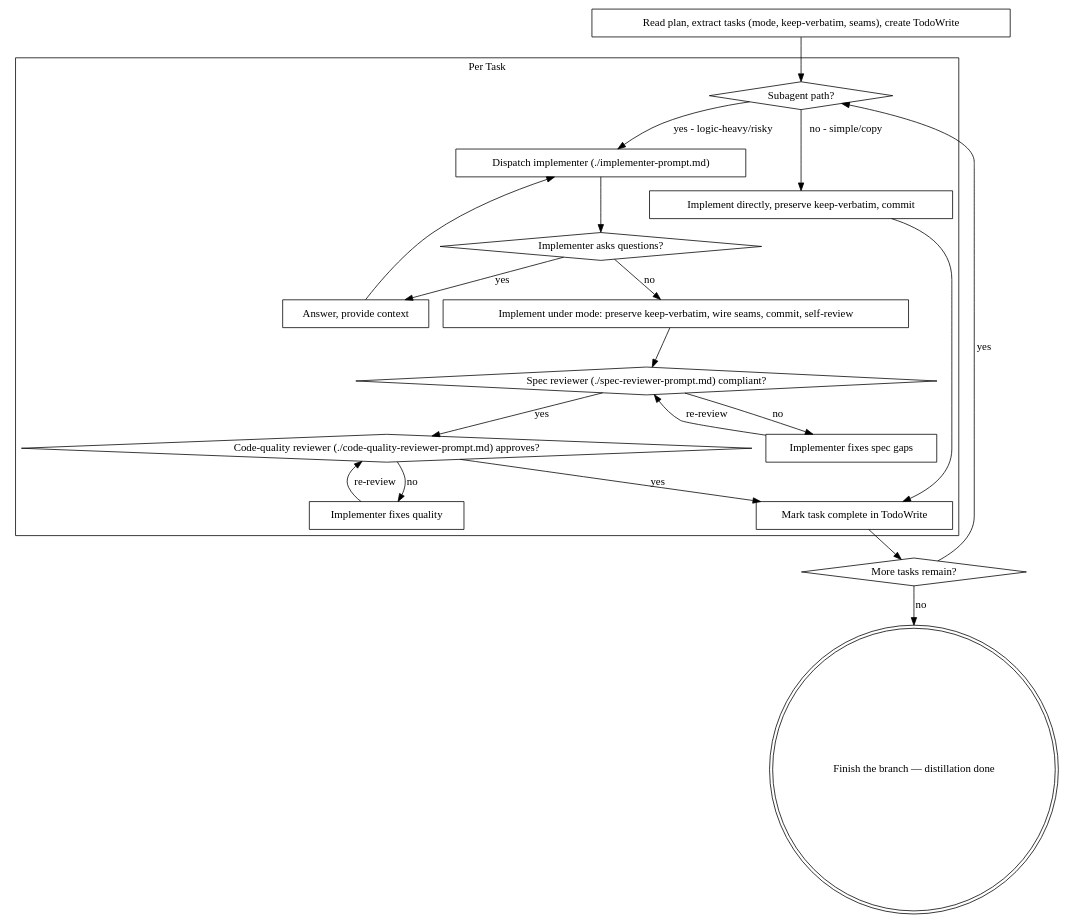
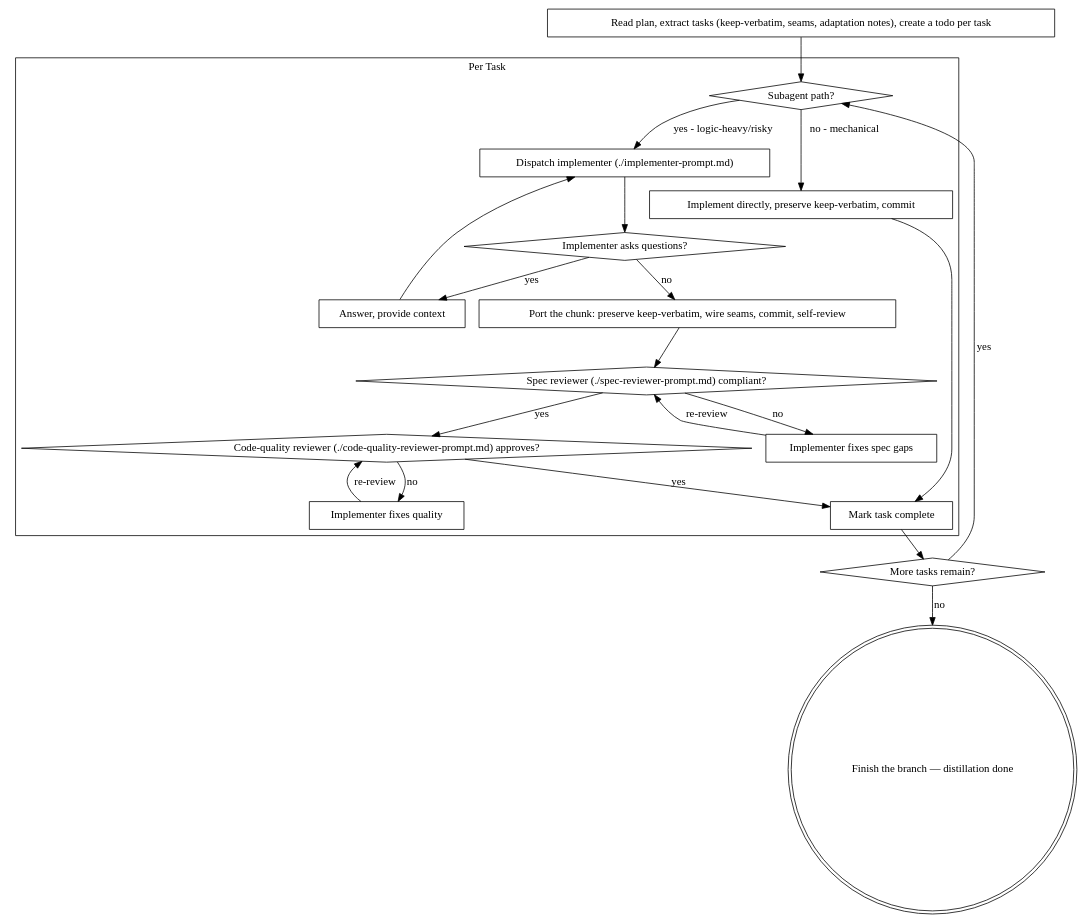
The second of 2 diagrams in skills/distillation-implementation/SKILL.md (duongnghia222/code-distilling), drawn with Graphviz before and after one commit. The commit also changed other lines of this file and 12 other files, not shown here.

````diff
--- a/skills/distillation-implementation/SKILL.md
+++ b/skills/distillation-implementation/SKILL.md
@@ -40,44 +41,44 @@
 ```dot
 digraph process {
     rankdir=TB;
 
-    "Read plan, extract tasks (mode, keep-verbatim, seams), create TodoWrite" [shape=box];
+    "Read plan, extract tasks (keep-verbatim, seams, adaptation notes), create a todo per task" [shape=box];
 
     subgraph cluster_per_task {
         label="Per Task";
         "Subagent path?" [shape=diamond];
         "Dispatch implementer (./implementer-prompt.md)" [shape=box];
         "Implementer asks questions?" [shape=diamond];
         "Answer, provide context" [shape=box];
-        "Implement under mode: preserve keep-verbatim, wire seams, commit, self-review" [shape=box];
+        "Port the chunk: preserve keep-verbatim, wire seams, commit, self-review" [shape=box];
         "Implement directly, preserve keep-verbatim, commit" [shape=box];
         "Spec reviewer (./spec-reviewer-prompt.md) compliant?" [shape=diamond];
         "Implementer fixes spec gaps" [shape=box];
         "Code-quality reviewer (./code-quality-reviewer-prompt.md) approves?" [shape=diamond];
         "Implementer fixes quality" [shape=box];
-        "Mark task complete in TodoWrite" [shape=box];
+        "Mark task complete" [shape=box];
     }
 
     "More tasks remain?" [shape=diamond];
     "Finish the branch — distillation done" [shape=doublecircle];
 
-    "Read plan, extract tasks (mode, keep-verbatim, seams), create TodoWrite" -> "Subagent path?";
+    "Read plan, extract tasks (keep-verbatim, seams, adaptation notes), create a todo per task" -> "Subagent path?";
     "Subagent path?" -> "Dispatch implementer (./implementer-prompt.md)" [label="yes - logic-heavy/risky"];
-    "Subagent path?" -> "Implement directly, preserve keep-verbatim, commit" [label="no - simple/copy"];
+    "Subagent path?" -> "Implement directly, preserve keep-verbatim, commit" [label="no - mechanical"];
     "Dispatch implementer (./implementer-prompt.md)" -> "Implementer asks questions?";
     "Implementer asks questions?" -> "Answer, provide context" [label="yes"];
     "Answer, provide context" -> "Dispatch implementer (./implementer-prompt.md)";
-    "Implementer asks questions?" -> "Implement under mode: preserve keep-verbatim, wire seams, commit, self-review" [label="no"];
-    "Implement under mode: preserve keep-verbatim, wire seams, commit, self-review" -> "Spec reviewer (./spec-reviewer-prompt.md) compliant?";
+    "Implementer asks questions?" -> "Port the chunk: preserve keep-verbatim, wire seams, commit, self-review" [label="no"];
+    "Port the chunk: preserve keep-verbatim, wire seams, commit, self-review" -> "Spec reviewer (./spec-reviewer-prompt.md) compliant?";
     "Spec reviewer (./spec-reviewer-prompt.md) compliant?" -> "Implementer fixes spec gaps" [label="no"];
     "Implementer fixes spec gaps" -> "Spec reviewer (./spec-reviewer-prompt.md) compliant?" [label="re-review"];
     "Spec reviewer (./spec-reviewer-prompt.md) compliant?" -> "Code-quality reviewer (./code-quality-reviewer-prompt.md) approves?" [label="yes"];
     "Code-quality reviewer (./code-quality-reviewer-prompt.md) approves?" -> "Implementer fixes quality" [label="no"];
     "Implementer fixes quality" -> "Code-quality reviewer (./code-quality-reviewer-prompt.md) approves?" [label="re-review"];
-    "Code-quality reviewer (./code-quality-reviewer-prompt.md) approves?" -> "Mark task complete in TodoWrite" [label="yes"];
-    "Implement directly, preserve keep-verbatim, commit" -> "Mark task complete in TodoWrite";
-    "Mark task complete in TodoWrite" -> "More tasks remain?";
+    "Code-quality reviewer (./code-quality-reviewer-prompt.md) approves?" -> "Mark task complete" [label="yes"];
+    "Implement directly, preserve keep-verbatim, commit" -> "Mark task complete";
+    "Mark task complete" -> "More tasks remain?";
     "More tasks remain?" -> "Subagent path?" [label="yes"];
     "More tasks remain?" -> "Finish the branch — distillation done" [label="no"];
 }
 ```
````
